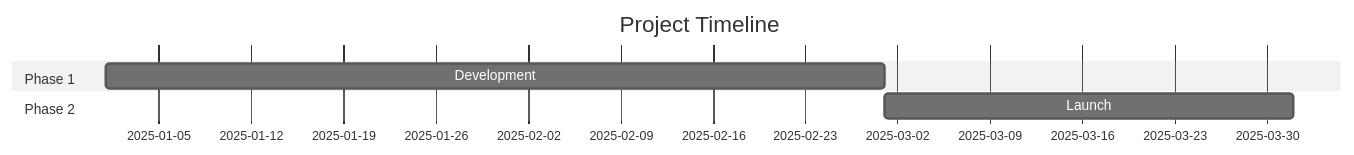
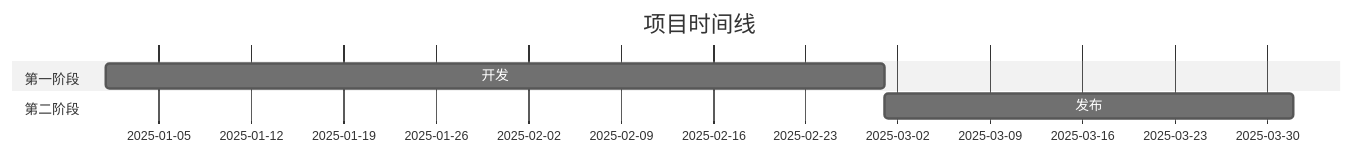
Before and after one commit to GeFlowers/easy-flow: the first of 3 diagrams in skills/public/github-deep-research/SKILL.md, drawn with Mermaid (neutral theme). The commit also changed other lines of this file and 678 other files, not shown here.

````diff
--- a/skills/public/github-deep-research/SKILL.md
+++ b/skills/public/github-deep-research/SKILL.md
@@ -94,9 +102,9 @@
 ```mermaid
 gantt
-    title Project Timeline
+    title 项目时间线
     dateFormat YYYY-MM-DD
-    section Phase 1
-    Development    :2025-01-01, 2025-03-01
-    section Phase 2
-    Launch         :2025-03-01, 2025-04-01
+    section 第一阶段
+    开发    :2025-01-01, 2025-03-01
+    section 第二阶段
+    发布    :2025-03-01, 2025-04-01
 ```
````
